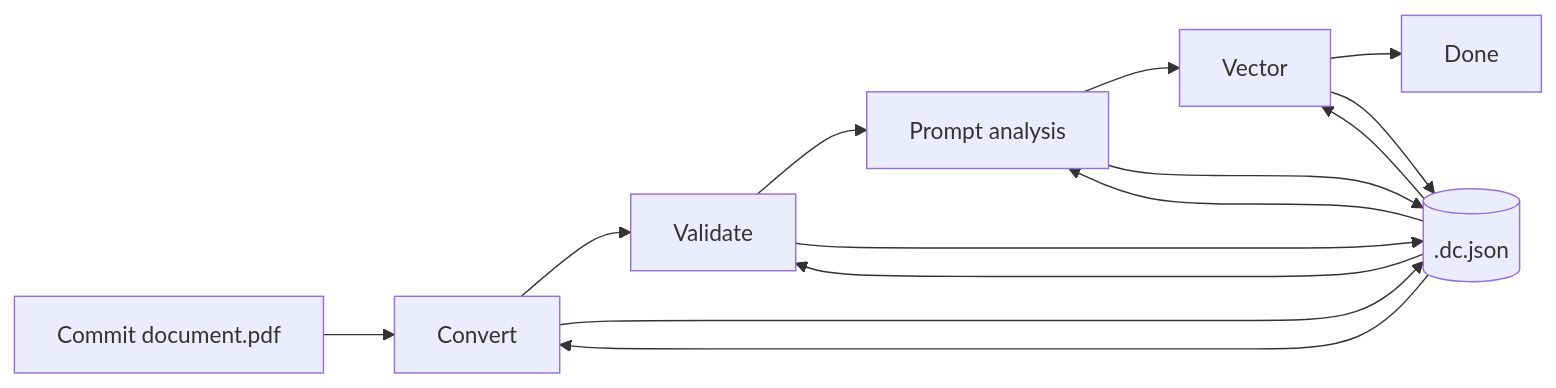
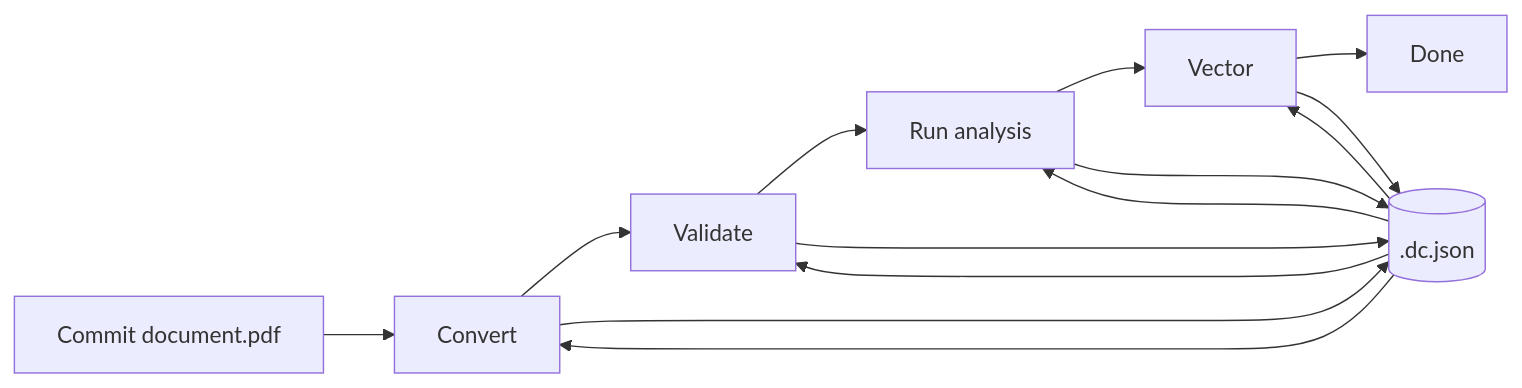
The first of 2 diagrams in README.md (alangunning/doc-ai-analysis-starter), drawn with Mermaid before and after one commit. The commit also changed other lines of this file and 5 other files, not shown here.

````diff
--- a/README.md
+++ b/README.md
@@ -162,16 +162,16 @@
 ```mermaid
 flowchart LR
     Commit[Commit document.pdf] --> Convert[Convert]
     Convert --> Validate[Validate]
-    Validate --> Analyze[Prompt analysis]
-    Analyze --> Vector[Vector]
+    Validate --> Analysis[Run analysis]
+    Analysis --> Vector[Vector]
     Vector --> Done[Done]
     Meta[(.dc.json)] --> Convert
     Meta --> Validate
-    Meta --> Analyze
+    Meta --> Analysis
     Meta --> Vector
     Convert --> Meta
     Validate --> Meta
-    Analyze --> Meta
+    Analysis --> Meta
     Vector --> Meta
 ```
````
